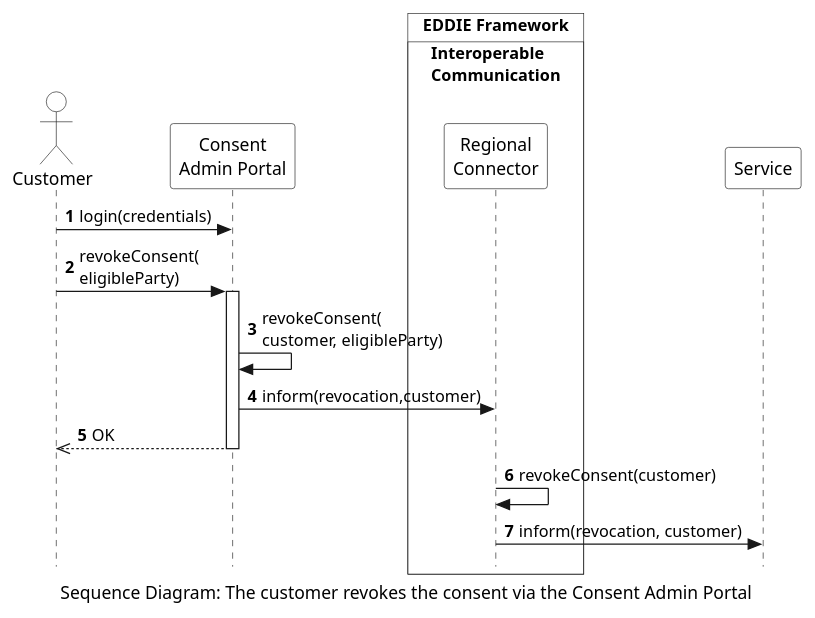
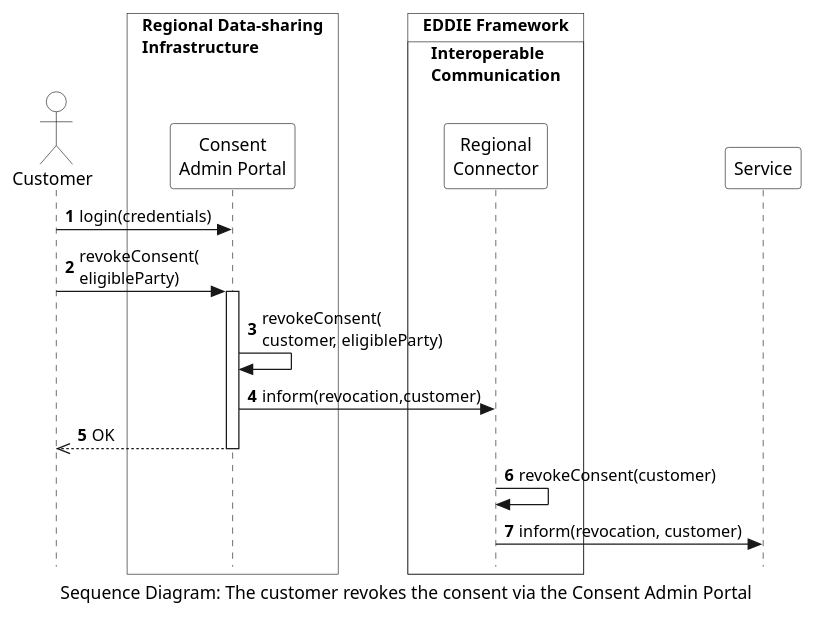
The diagram in arc42/06-runtime-view/runtime-view/revocation-customer-consent-admin-portal/figures/customer-revokes-consent.puml (eddie-energy/architecture), drawn with PlantUML before and after one commit. The commit also changed 25 other files, not shown here.

```diff
--- a/arc42/06-runtime-view/runtime-view/revocation-customer-consent-admin-portal/figures/customer-revokes-consent.puml
+++ b/arc42/06-runtime-view/runtime-view/revocation-customer-consent-admin-portal/figures/customer-revokes-consent.puml
@@ -1,34 +1,36 @@
 @startuml customer-revokes-consent
 'sequence diagram
 caption Sequence Diagram: The customer revokes the consent via the Consent Admin Portal
 
 skinparam style strictuml
 skinparam sequence {
   ParticipantBackgroundColor transparent
   ActorBackgroundColor transparent
 }
 
 autonumber
 !pragma teoz true
 
 actor "Customer" as user
-participant "Consent\nAdmin Portal" as adminPortal
+box "Regional Data-sharing\nInfrastructure" #transparent
+  participant "Consent\nAdmin Portal" as adminPortal
+end box
 box "EDDIE Framework" #transparent
   box "Interoperable\nCommunication" #transparent
     participant "Regional\nConnector" as regionalConnector
   end box
 end box
 participant "Service" as service
 
 
 user -> adminPortal : login(credentials)
 user -> adminPortal : revokeConsent(\neligibleParty)
 activate adminPortal
   adminPortal -> adminPortal : revokeConsent(\ncustomer, eligibleParty)
   adminPortal -> regionalConnector : inform(revocation,customer)
   adminPortal -->> user : OK
 deactivate adminPortal
   regionalConnector -> regionalConnector : revokeConsent(customer)
   regionalConnector -> service : inform(revocation, customer)
 
 @enduml
```
